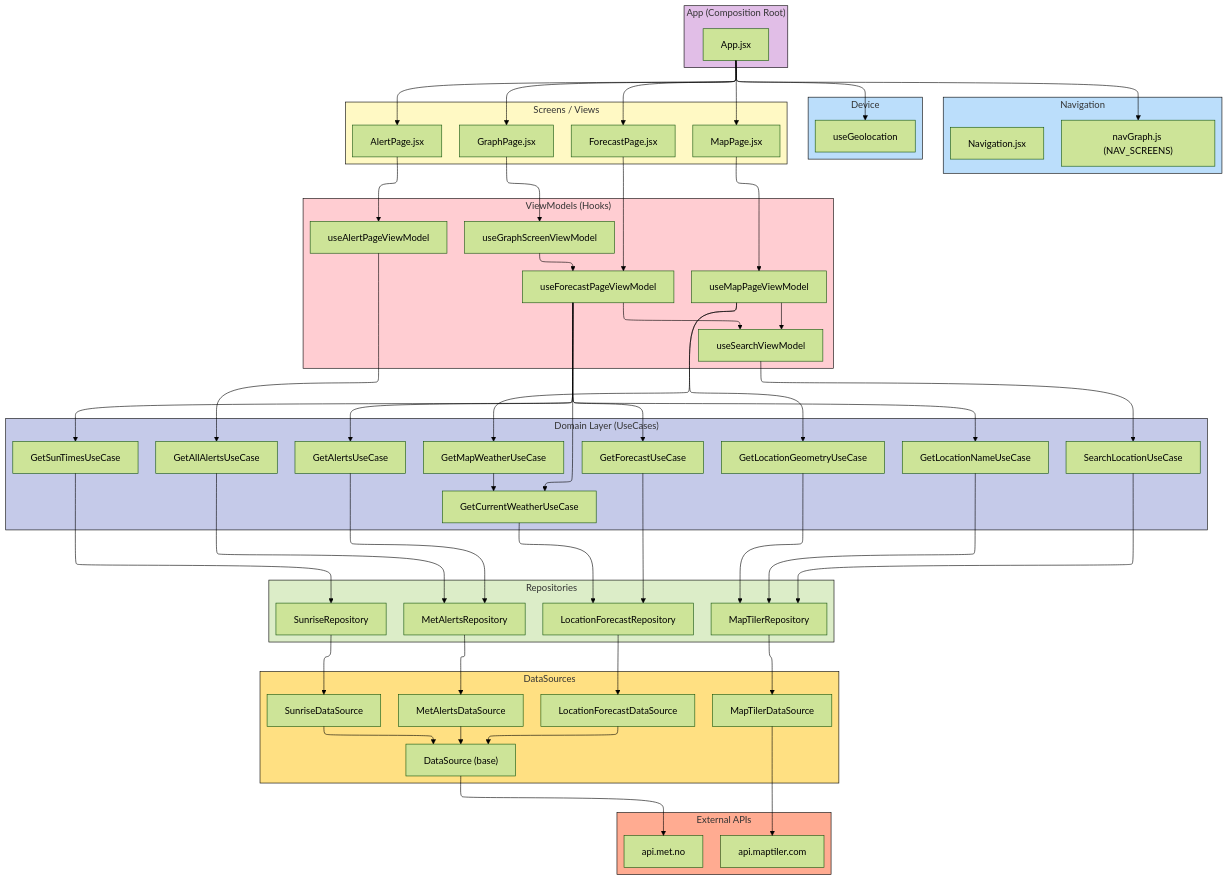
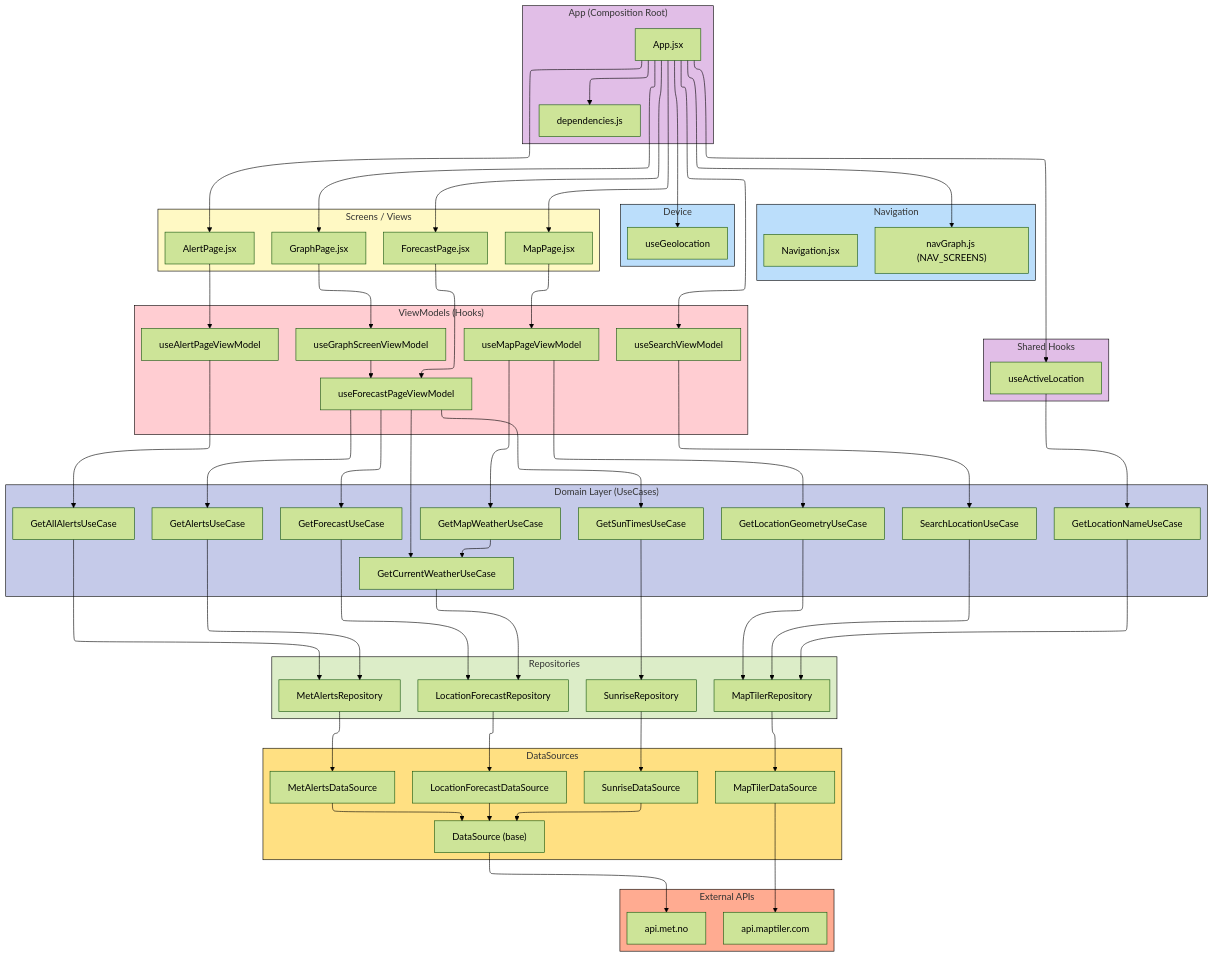
One commit to FredrikVE/Opplett changed the diagram in docs/MERMAID_CODE.md. Above: the diagram before and after it, drawn with Mermaid. The commit also changed 1 other file, not shown here.

Commit message:
Oppdater arkitekturtegning etter refactor

```diff
--- a/docs/MERMAID_CODE.md
+++ b/docs/MERMAID_CODE.md
@@ -3,7 +3,7 @@
 config:
   layout: elk
   elk:
-    mergeEdges: true
+    mergeEdges: false
     nodePlacementStrategy: NETWORK_SIMPLEX
     cycleBreakingStrategy: DEPTH_FIRST
     edgeRouting: ORTHOGONAL
@@ -16,6 +16,14 @@
 %% =========================
 subgraph AppLayer["App (Composition Root)"]
 	App["App.jsx"]
+	Dependencies["dependencies.js"]
+end
+
+%% =========================
+%% SHARED HOOKS
+%% =========================
+subgraph SharedHooks["Shared Hooks"]
+	ActiveLocation["useActiveLocation"]
 end
 
 %% =========================
@@ -101,12 +109,20 @@
 %% =========================
 %% APP CONNECTIONS
 %% =========================
+App --> Dependencies
+App --> GeoHook
+App --> ActiveLocation
+App --> SearchVM
 App --> NavGraph
-App --> GeoHook
 App --> ForecastPage
 App --> GraphPage
 App --> AlertPage
 App --> MapPage
+
+%% =========================
+%% SHARED HOOKS → USECASE
+%% =========================
+ActiveLocation --> GetLocationNameUC
 
 %% =========================
 %% SCREEN → VIEWMODEL
@@ -117,8 +133,6 @@
 MapPage --> MapVM
 
 GraphVM --> ForecastVM
-ForecastVM --> SearchVM
-MapVM --> SearchVM
 
 %% =========================
 %% VIEWMODEL → USECASE
@@ -127,7 +141,6 @@
 ForecastVM --> GetAlertsUC
 ForecastVM --> GetCurrentUC
 ForecastVM --> GetSunTimesUC
-ForecastVM --> GetLocationNameUC
 
 AlertVM --> GetAllAlertsUC
 
@@ -175,6 +188,7 @@
 %% STYLING
 %% =========================
 style AppLayer stroke:#000000,fill:#E1BEE7
+style SharedHooks stroke:#000000,fill:#E1BEE7
 style NavigationLayer stroke:#000000,fill:#BBDEFB
 style Screens stroke:#000000,fill:#FFF9C4
 style Hooks stroke:#000000,fill:#FFCDD2
```
